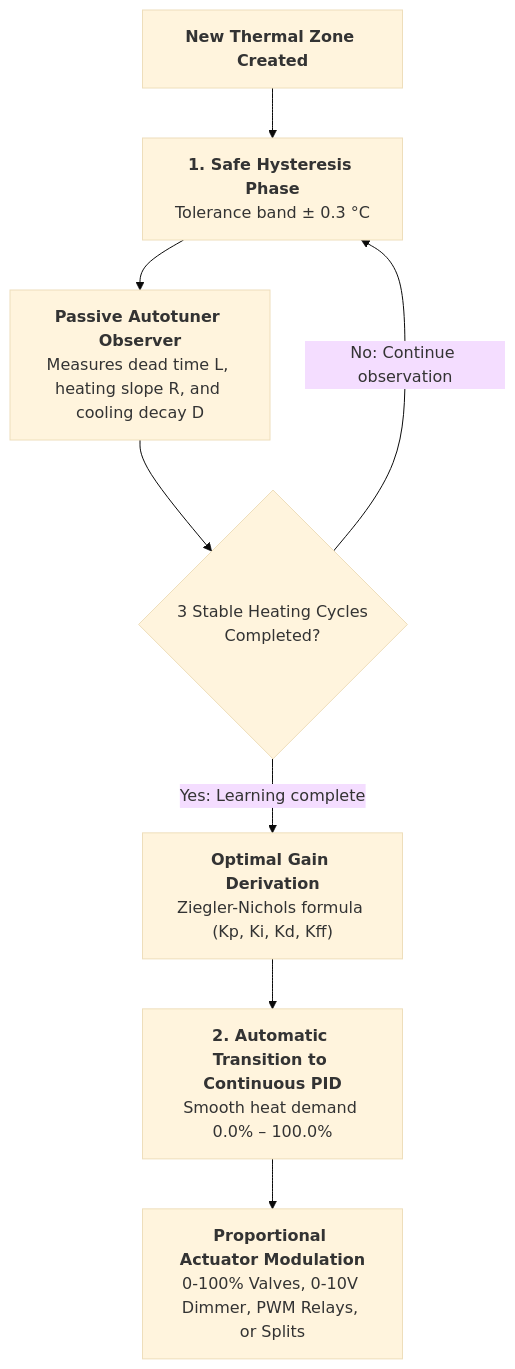
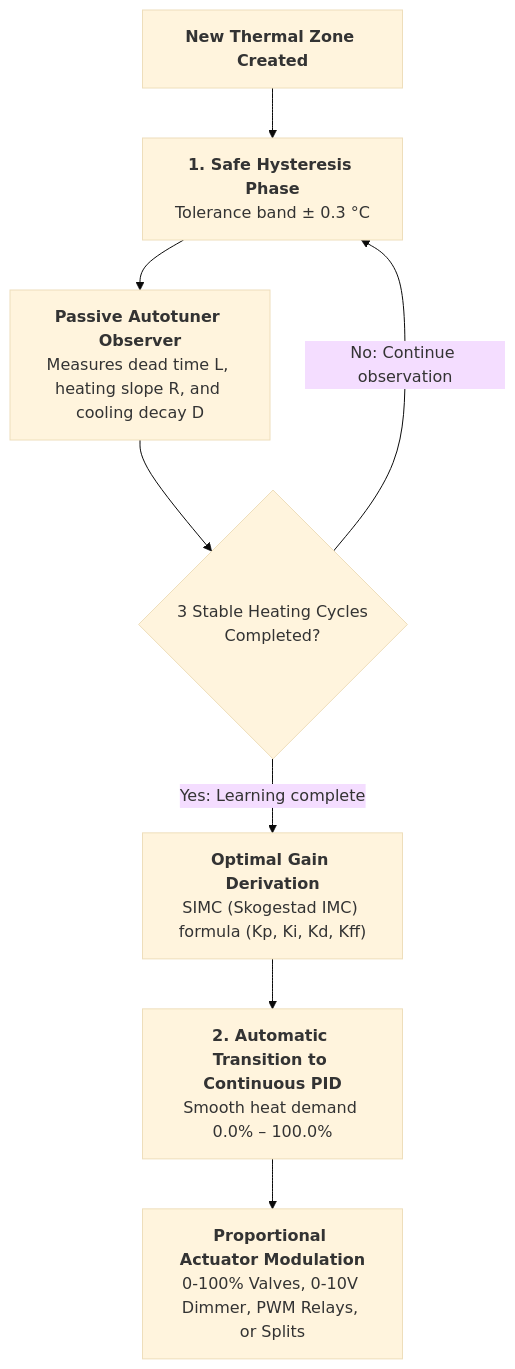
Before and after one commit to alex-military/multizone-thermostat: the first of 2 diagrams in docs/wiki/algorithms_tuning.md, drawn with Mermaid (base theme). The commit also changed other lines of this file and 25 other files, not shown here.

Commit message:
docs: update wiki, README and roadmap through v6.0.26

````diff
--- a/docs/wiki/algorithms_tuning.md
+++ b/docs/wiki/algorithms_tuning.md
@@ -15,15 +15,15 @@
 ```mermaid
 flowchart TD
     Z0["<b>New Thermal Zone Created</b>"] --> Z1["<b>1. Safe Hysteresis Phase</b><br>Tolerance band ± 0.3 °C"]
     
     Z1 --> Z2["<b>Passive Autotuner Observer</b><br>Measures dead time L, heating slope R, and cooling decay D"]
     
     Z2 --> Z3{"3 Stable Heating Cycles<br>Completed?"}
     
     Z3 -->|No: Continue observation| Z1
-    Z3 -->|Yes: Learning complete| Z4["<b>Optimal Gain Derivation</b><br>Ziegler-Nichols formula (Kp, Ki, Kd, Kff)"]
+    Z3 -->|Yes: Learning complete| Z4["<b>Optimal Gain Derivation</b><br>SIMC (Skogestad IMC) formula (Kp, Ki, Kd, Kff)"]
     
     Z4 --> Z5["<b>2. Automatic Transition to Continuous PID</b><br>Smooth heat demand 0.0% – 100.0%"]
     
     Z5 --> Z6["<b>Proportional Actuator Modulation</b><br>0-100% Valves, 0-10V Dimmer, PWM Relays, or Splits"]
 ```
````
